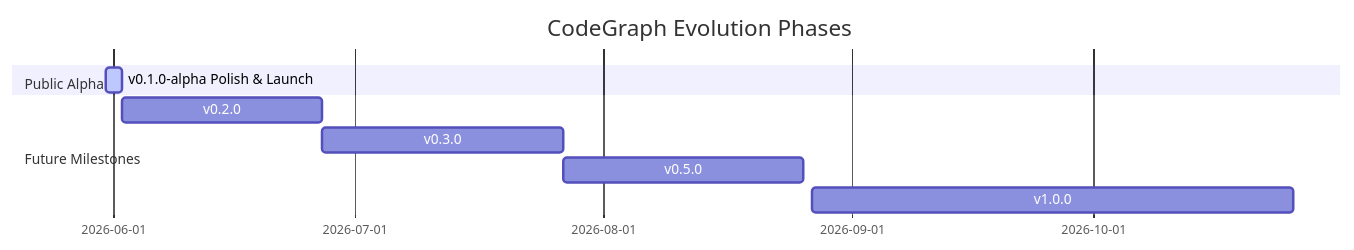
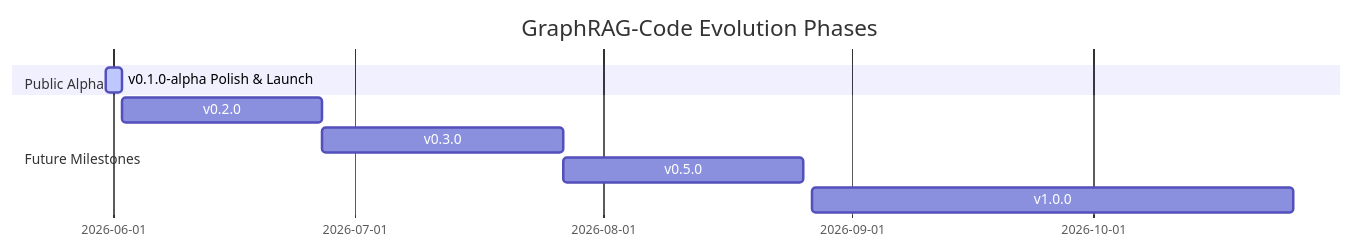
Before and after one commit to bydecom/graphrag-code: the diagram in docs/ROADMAP.md, drawn with Mermaid. The commit also changed other lines of this file and 20 other files, not shown here.

Commit message:
chore: completely rename CodeGraph to GraphRAG-Code to prevent brand collision

````diff
--- a/docs/ROADMAP.md
+++ b/docs/ROADMAP.md
@@ -9,12 +9,12 @@
 ```mermaid
 gantt
-    title CodeGraph Evolution Phases
+    title GraphRAG-Code Evolution Phases
     dateFormat  YYYY-MM-DD
     section Public Alpha
     v0.1.0-alpha Polish & Launch :active, 2026-05-31, 2d
     section Future Milestones
     v0.2.0: Usable Multi-Language OSS : 2026-06-02, 25d
     v0.3.0: Academic Ablation & Paper Draft : 2026-06-27, 30d
     v0.5.0: Production Packaging & Watch Mode : 2026-07-27, 30d
     v1.0.0: Enterprise & Intent Routing : 2026-08-27, 60d
 ```
````
